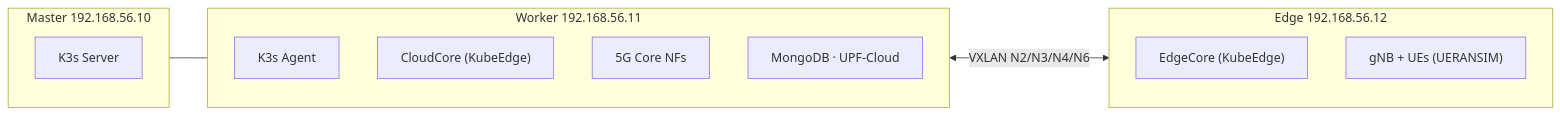
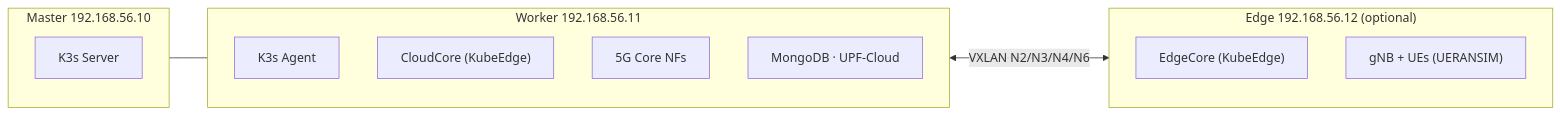
The diagram in docs/getting-started.md (Jacobbista/kelt), drawn with Mermaid before and after one commit. The commit also changed other lines of this file and 2 other files, not shown here.

First line of the commit message:
feat: couple DEPLOY_MODE with edge in testbed-config

````diff
--- a/docs/getting-started.md
+++ b/docs/getting-started.md
@@ -101,18 +62,18 @@
 ```mermaid
 graph LR
     subgraph Master["Master  192.168.56.10"]
         M1["K3s Server"]
     end
     subgraph Worker["Worker  192.168.56.11"]
         W1["K3s Agent"]
         W2["CloudCore (KubeEdge)"]
         W3["5G Core NFs"]
         W4["MongoDB · UPF-Cloud"]
     end
-    subgraph Edge["Edge  192.168.56.12"]
+    subgraph Edge["Edge  192.168.56.12 (optional)"]
         E1["EdgeCore (KubeEdge)"]
         E2["gNB + UEs (UERANSIM)"]
     end
     Worker <-->|"VXLAN N2/N3/N4/N6"| Edge
     Master --- Worker
 ```
````
